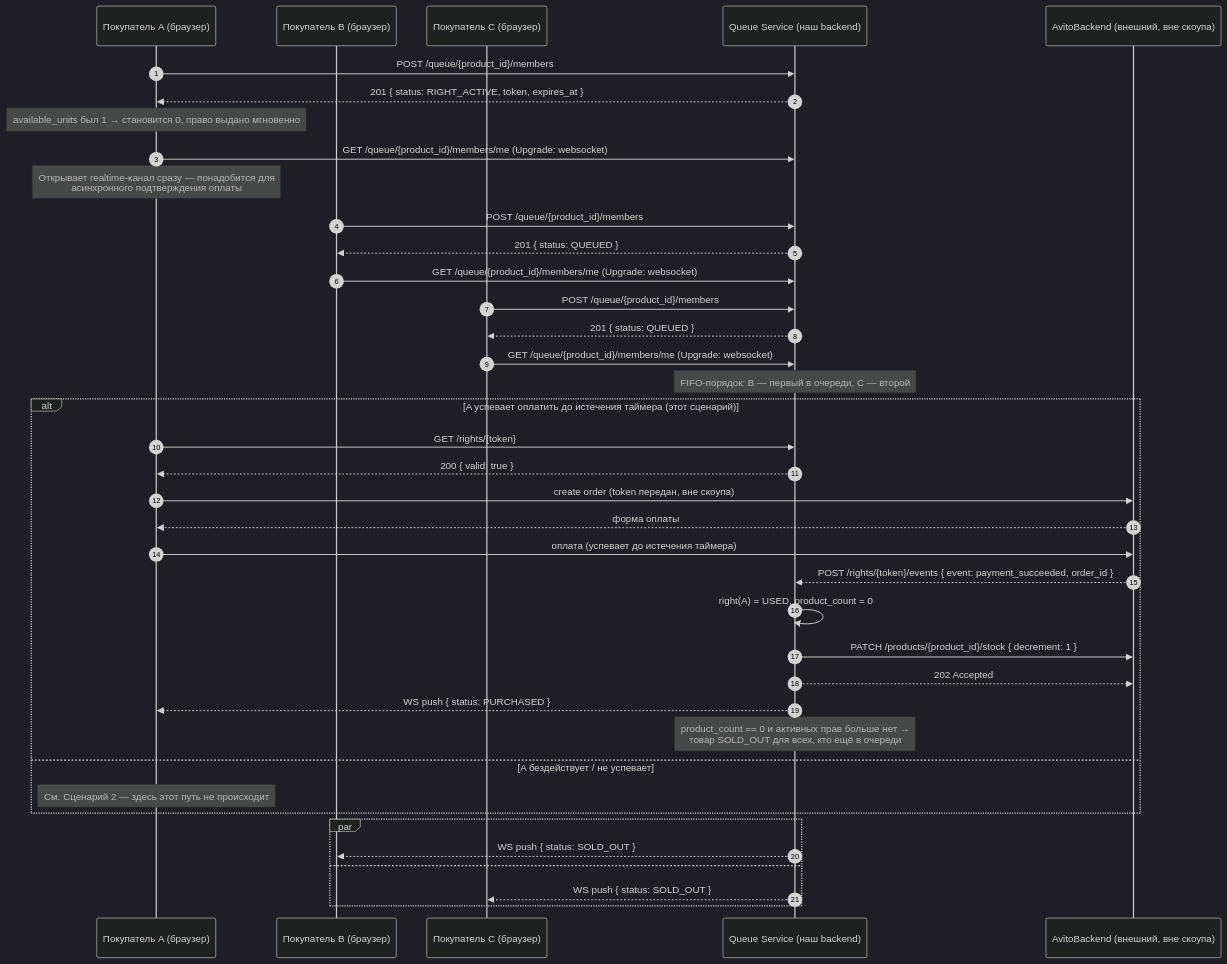
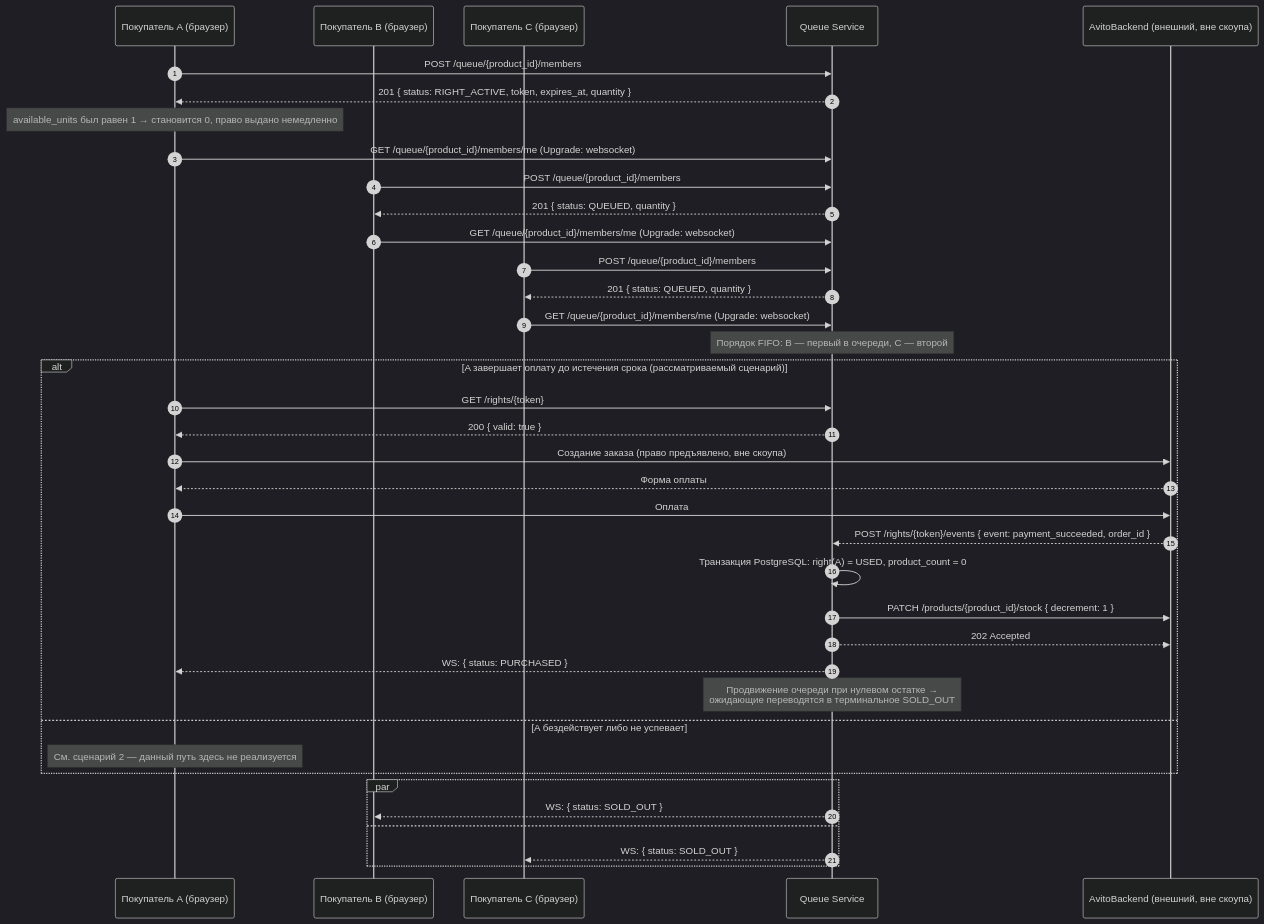
The third of 4 diagrams in docs/diagrams.md (bigboynixxik/team-10-queue-serivce), drawn with Mermaid (dark theme) before and after one commit. The commit also changed other lines of this file and 15 other files, not shown here.

````diff
--- a/docs/diagrams.md
+++ b/docs/diagrams.md
@@ -110,49 +120,48 @@
 ```mermaid
 sequenceDiagram
     autonumber
     participant A as Покупатель A (браузер)
     participant B as Покупатель B (браузер)
     participant C as Покупатель C (браузер)
-    participant QS as Queue Service (наш backend)
+    participant QS as Queue Service
     participant AB as AvitoBackend (внешний, вне скоупа)
 
     A->>QS: POST /queue/{product_id}/members
-    QS-->>A: 201 { status: RIGHT_ACTIVE, token, expires_at }
-    Note over A: available_units был 1 → становится 0, право выдано мгновенно
+    QS-->>A: 201 { status: RIGHT_ACTIVE, token, expires_at, quantity }
+    Note over A: available_units был равен 1 → становится 0, право выдано немедленно
 
     A->>QS: GET /queue/{product_id}/members/me (Upgrade: websocket)
-    Note over A: Открывает realtime-канал сразу — понадобится для<br/>асинхронного подтверждения оплаты
 
     B->>QS: POST /queue/{product_id}/members
-    QS-->>B: 201 { status: QUEUED }
+    QS-->>B: 201 { status: QUEUED, quantity }
     B->>QS: GET /queue/{product_id}/members/me (Upgrade: websocket)
 
     C->>QS: POST /queue/{product_id}/members
-    QS-->>C: 201 { status: QUEUED }
+    QS-->>C: 201 { status: QUEUED, quantity }
     C->>QS: GET /queue/{product_id}/members/me (Upgrade: websocket)
-    Note over QS: FIFO-порядок: B — первый в очереди, C — второй
+    Note over QS: Порядок FIFO: B — первый в очереди, C — второй
 
-    alt A успевает оплатить до истечения таймера (этот сценарий)
+    alt A завершает оплату до истечения срока (рассматриваемый сценарий)
         A->>QS: GET /rights/{token}
         QS-->>A: 200 { valid: true }
 
-        A->>AB: create order (token передан, вне скоупа)
-        AB-->>A: форма оплаты
-        A->>AB: оплата (успевает до истечения таймера)
+        A->>AB: Создание заказа (право предъявлено, вне скоупа)
+        AB-->>A: Форма оплаты
+        A->>AB: Оплата
         AB-->>QS: POST /rights/{token}/events { event: payment_succeeded, order_id }
 
-        QS->>QS: right(A) = USED, product_count = 0
+        QS->>QS: Транзакция PostgreSQL: right(A) = USED, product_count = 0
         QS->>AB: PATCH /products/{product_id}/stock { decrement: 1 }
         QS-->>AB: 202 Accepted
-        QS-->>A: WS push { status: PURCHASED }
-        Note over QS: product_count == 0 и активных прав больше нет →<br/>товар SOLD_OUT для всех, кто ещё в очереди
-    else A бездействует / не успевает
-        Note over A: См. Сценарий 2 — здесь этот путь не происходит
+        QS-->>A: WS: { status: PURCHASED }
+        Note over QS: Продвижение очереди при нулевом остатке →<br/>ожидающие переводятся в терминальное SOLD_OUT
+    else A бездействует либо не успевает
+        Note over A: См. сценарий 2 — данный путь здесь не реализуется
     end
 
     par
-        QS-->>B: WS push { status: SOLD_OUT }
+        QS-->>B: WS: { status: SOLD_OUT }
     and
-        QS-->>C: WS push { status: SOLD_OUT }
+        QS-->>C: WS: { status: SOLD_OUT }
     end
 ```
````
